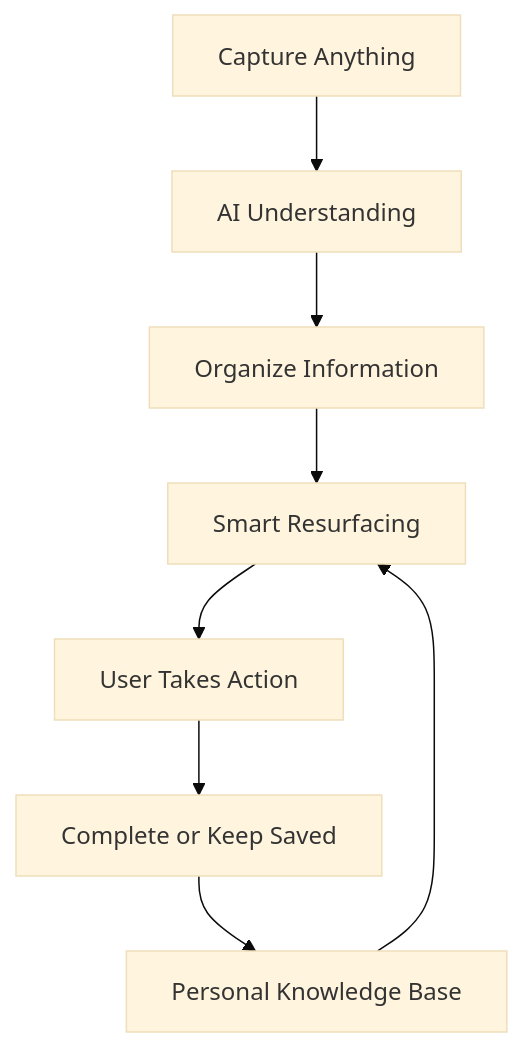
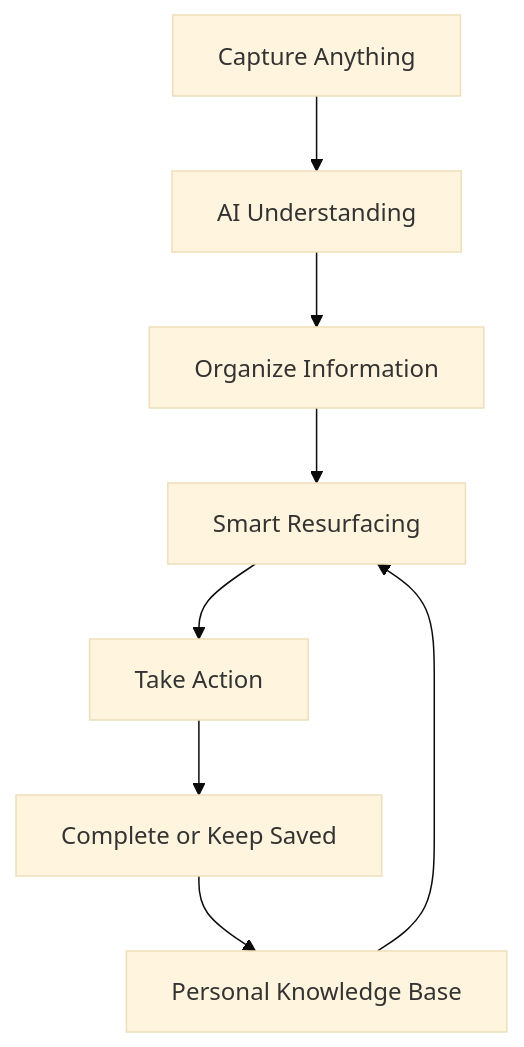
Before and after one commit to wasim2402/maybelater-ai: the first of 4 diagrams in README.md, drawn with Mermaid (base theme). The commit also changed other lines of this file, not shown here.

````diff
--- a/README.md
+++ b/README.md
@@ -166,10 +51,10 @@
 ```mermaid
 flowchart TD
     A["Capture Anything"] --> B["AI Understanding"]
     B --> C["Organize Information"]
     C --> D["Smart Resurfacing"]
-    D --> E["User Takes Action"]
+    D --> E["Take Action"]
     E --> F["Complete or Keep Saved"]
     F --> G["Personal Knowledge Base"]
     G --> D
 ```
````
